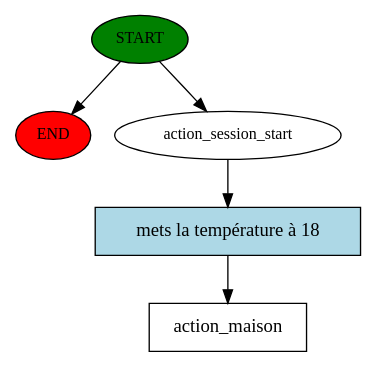
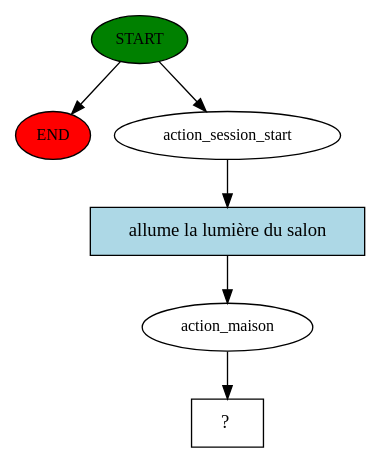
Before and after one commit to AlexandreLanglade/interaction_chatbot: the diagram in rasa_chatbot/story_graph.dot, drawn with Graphviz. The commit also changed 9 other files, not shown here.

```diff
--- a/rasa_chatbot/story_graph.dot
+++ b/rasa_chatbot/story_graph.dot
@@ -1,11 +1,13 @@
 digraph  {
 0 [class="start active", fillcolor=green, fontsize=12, label=START, style=filled];
 "-1" [class=end, fillcolor=red, fontsize=12, label=END, style=filled];
 1 [class=active, fontsize=12, label=action_session_start];
-2 [class="intent dashed active", label=action_maison, shape=rect];
-3 [class="intent active", fillcolor=lightblue, label="mets la température à 18", shape=rect, style=filled];
+2 [class=active, fontsize=12, label=action_maison];
+3 [class="intent dashed active", label="  ?  ", shape=rect];
+4 [class="intent active", fillcolor=lightblue, label="allume la lumière du salon", shape=rect, style=filled];
 0 -> "-1"  [class="", key=NONE, label=""];
 0 -> 1  [class=active, key=NONE, label=""];
-1 -> 3  [class=active, key=0];
-3 -> 2  [class=active, key=0];
+1 -> 4  [class=active, key=0];
+2 -> 3  [class=active, key=NONE, label=""];
+4 -> 2  [class=active, key=0];
 }
```
